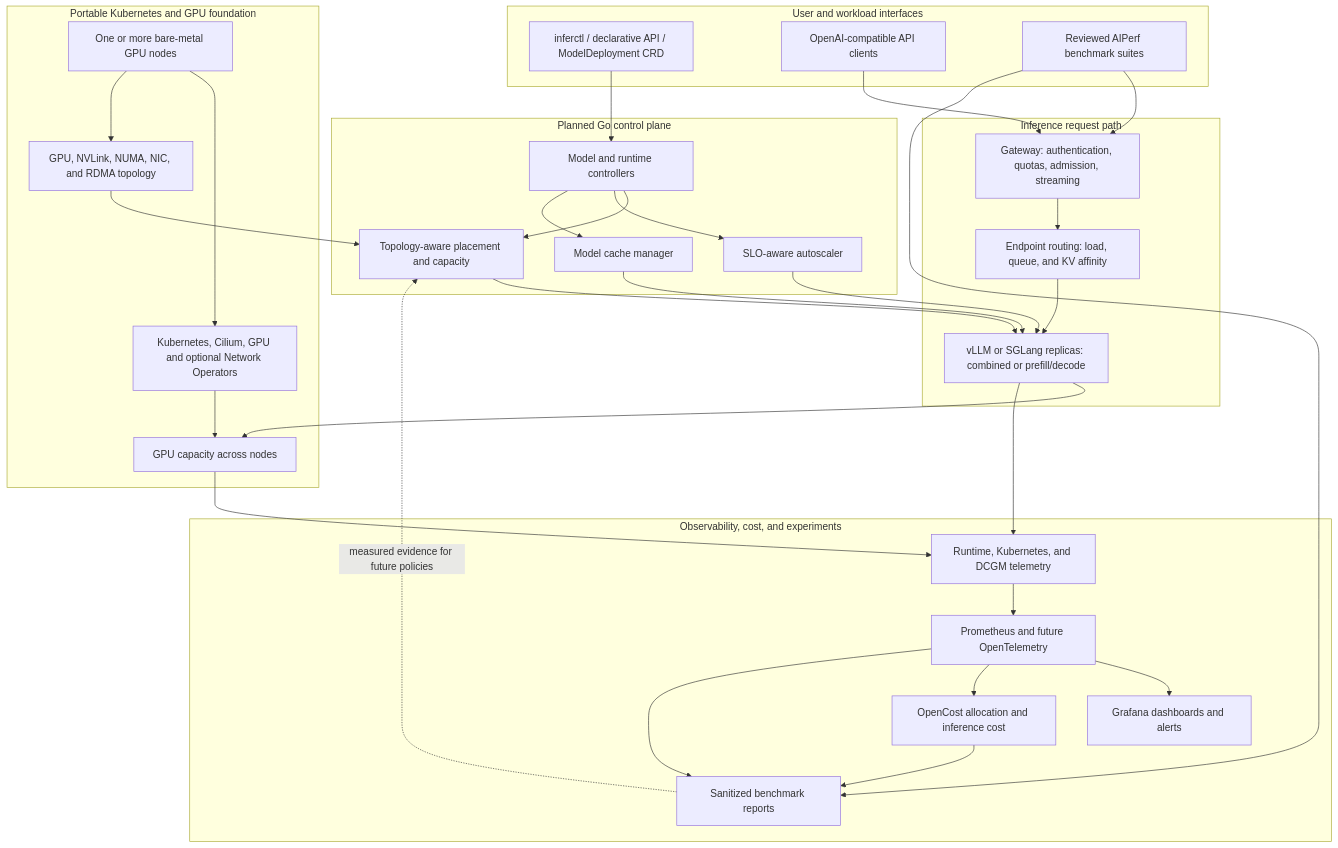
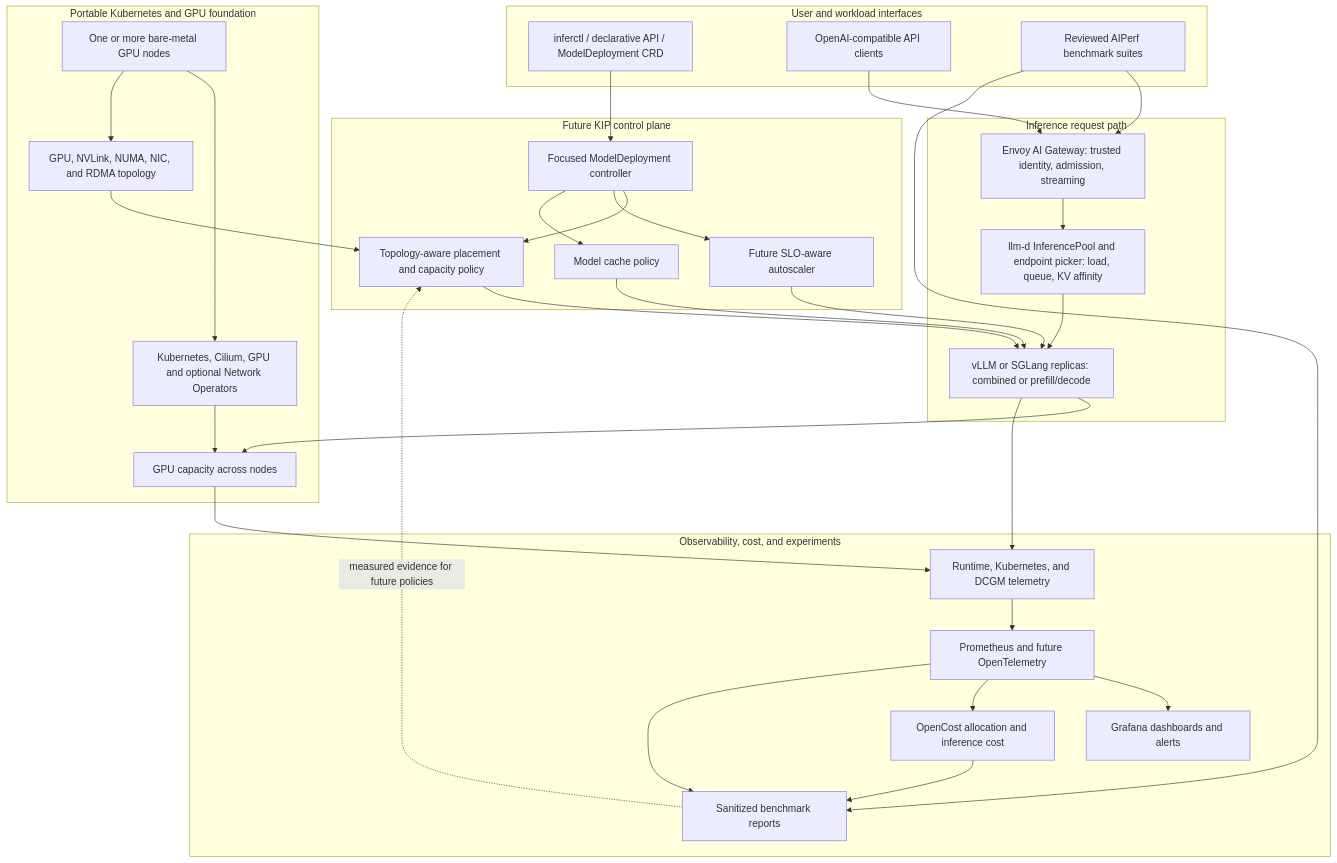
Before and after one commit to Ayobami-00/kube-inference-platform: the first of 5 diagrams in docs/architecture.md, drawn with Mermaid. The commit also changed other lines of this file and 174 other files, not shown here.

````diff
--- a/docs/architecture.md
+++ b/docs/architecture.md
@@ -21,61 +21,61 @@
 ```mermaid
 flowchart TB
     subgraph Interfaces[User and workload interfaces]
         Spec["inferctl / declarative API / ModelDeployment CRD"]
         Client[OpenAI-compatible API clients]
         Suite[Reviewed AIPerf benchmark suites]
     end
 
-    subgraph Control[Planned Go control plane]
-        Controller[Model and runtime controllers]
-        Planner[Topology-aware placement and capacity]
-        Scaler[SLO-aware autoscaler]
-        Cache[Model cache manager]
+    subgraph Control[Future KIP control plane]
+        Controller[Focused ModelDeployment controller]
+        Planner[Topology-aware placement and capacity policy]
+        Scaler[Future SLO-aware autoscaler]
+        Cache[Model cache policy]
     end
 
     subgraph Serving[Inference request path]
-        Gateway[Gateway: authentication, quotas, admission, streaming]
-        Router[Endpoint routing: load, queue, and KV affinity]
+        Gateway[Envoy AI Gateway: trusted identity, admission, streaming]
+        Router[llm-d InferencePool and endpoint picker: load, queue, KV affinity]
         Replicas[vLLM or SGLang replicas: combined or prefill/decode]
     end
 
     subgraph Foundation[Portable Kubernetes and GPU foundation]
         Nodes[One or more bare-metal GPU nodes]
         Bootstrap[Kubernetes, Cilium, GPU and optional Network Operators]
         Topology[GPU, NVLink, NUMA, NIC, and RDMA topology]
         GPUs[GPU capacity across nodes]
     end
 
     subgraph Evidence[Observability, cost, and experiments]
         Telemetry[Runtime, Kubernetes, and DCGM telemetry]
         Metrics[Prometheus and future OpenTelemetry]
         Dashboards[Grafana dashboards and alerts]
         Costs[OpenCost allocation and inference cost]
         Reports[Sanitized benchmark reports]
     end
 
     Spec --> Controller
     Controller --> Planner
     Controller --> Scaler
     Controller --> Cache
     Planner --> Replicas
     Scaler --> Replicas
     Cache --> Replicas
 
     Client --> Gateway
     Suite --> Gateway
     Gateway --> Router --> Replicas --> GPUs
     Nodes --> Bootstrap --> GPUs
     Topology --> Planner
     Nodes --> Topology
 
     Replicas --> Telemetry
     GPUs --> Telemetry
     Telemetry --> Metrics
     Metrics --> Dashboards
     Metrics --> Costs
     Suite --> Reports
     Metrics --> Reports
     Costs --> Reports
     Reports -.->|measured evidence for future policies| Planner
 ```
````
